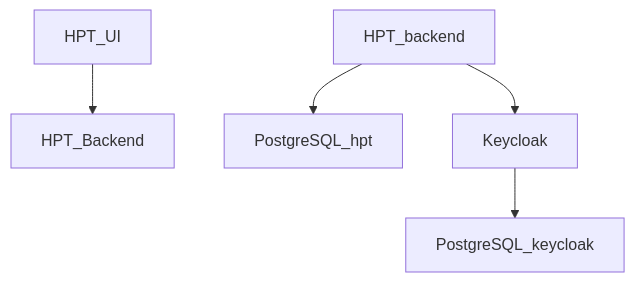
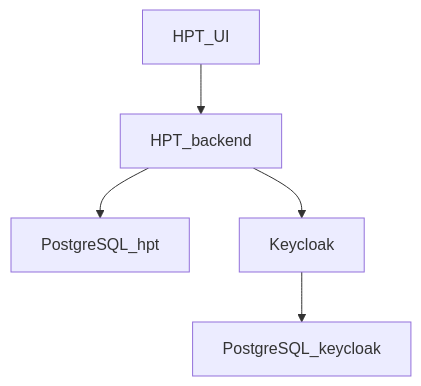
Before and after one commit to bastoker/testcontainers-workshop: the diagram in README.md, drawn with Mermaid.

````diff
--- a/README.md
+++ b/README.md
@@ -21,7 +21,7 @@
 ```mermaid
 graph TD;
-    HPT_UI-->HPT_Backend
+    HPT_UI-->HPT_backend
     HPT_backend-->PostgreSQL_hpt;
     HPT_backend-->Keycloak;
     Keycloak-->PostgreSQL_keycloak;
 ```
````
